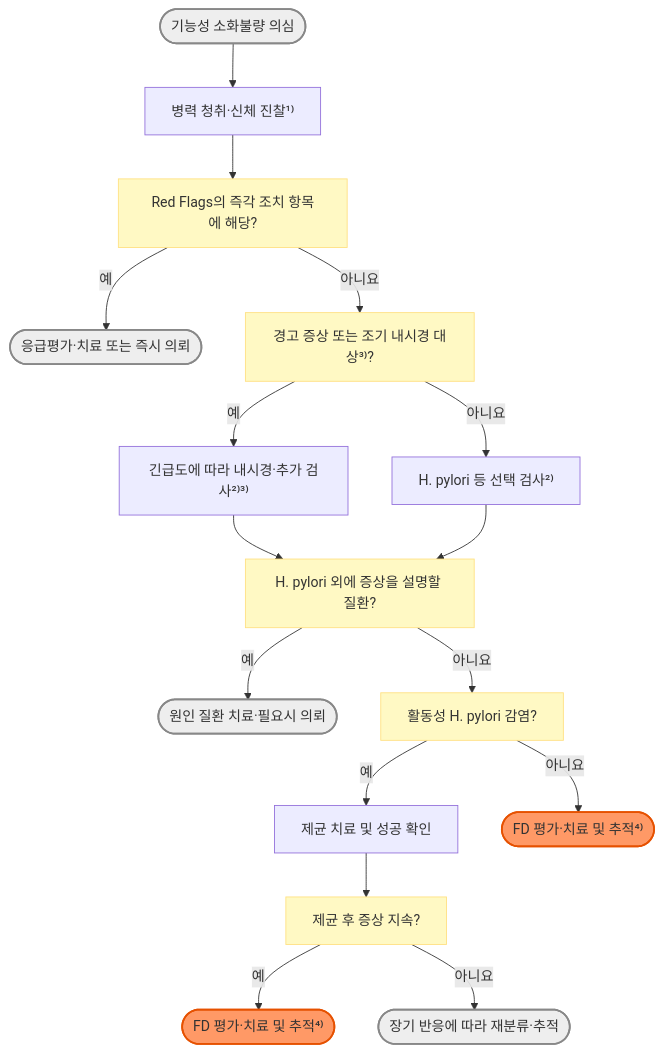
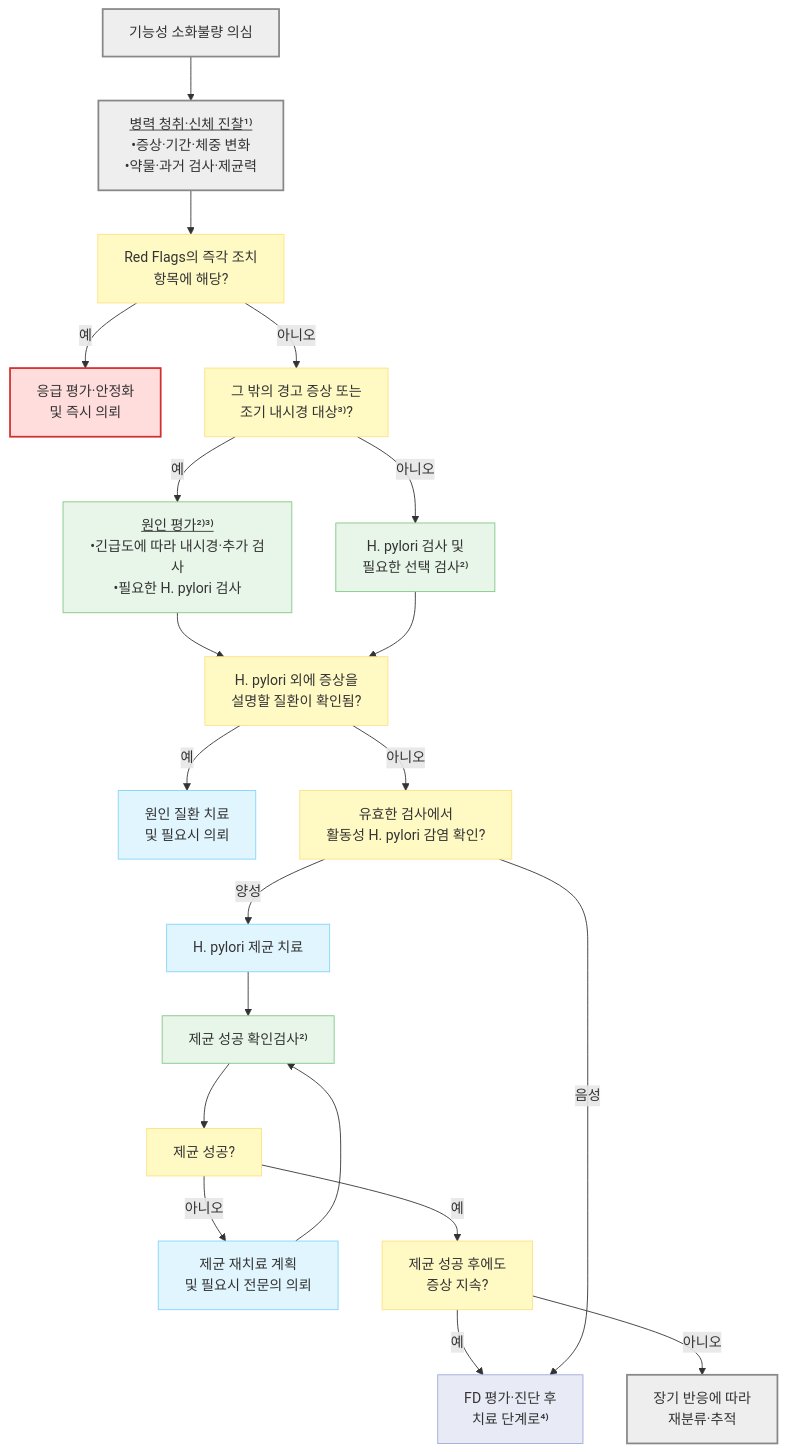
Before and after one commit to familyoh77/familyoh77: the diagram in 224_/076_-functional-dyspepsia.md, drawn with Mermaid. The commit also changed other lines of this file, not shown here.

````diff
--- a/224_/076_-functional-dyspepsia.md
+++ b/224_/076_-functional-dyspepsia.md
@@ -137,25 +137,35 @@
 ```mermaid
-graph TD
-    Start(["기능성 소화불량 의심"]) --> History["병력 청취·신체 진찰¹⁾"]
-    History --> Alarm["Red Flags의 즉각 조치 항목에 해당?"]
-    Alarm -- "예" --> Urgent(["응급평가·치료 또는 즉시 의뢰"])
-    Alarm -- "아니요" --> Risk["경고 증상 또는 조기 내시경 대상³⁾?"]
-    Risk -- "예" --> AddTest["긴급도에 따라 내시경·추가 검사²⁾³⁾"]
-    Risk -- "아니요" --> Labs["H. pylori 등 선택 검사²⁾"]
-    AddTest --> Result["H. pylori 외에 증상을 설명할 질환?"]
+flowchart TD
+    Start["기능성 소화불량 의심"] --> History["<u>병력 청취·신체 진찰¹⁾</u><br/>•증상·기간·체중 변화<br/>•약물·과거 검사·제균력"]
+    History --> Alarm["Red Flags의 즉각 조치<br/>항목에 해당?"]
+    Alarm -- "예" --> Urgent["응급 평가·안정화<br/>및 즉시 의뢰"]
+    Alarm -- "아니오" --> Risk["그 밖의 경고 증상 또는<br/>조기 내시경 대상³⁾?"]
+    Risk -- "예" --> AddTest["<u>원인 평가²⁾³⁾</u><br/>•긴급도에 따라 내시경·추가 검사<br/>•필요한 H. pylori 검사"]
+    Risk -- "아니오" --> Labs["H. pylori 검사 및<br/>필요한 선택 검사²⁾"]
+    AddTest --> Result["H. pylori 외에 증상을<br/>설명할 질환이 확인됨?"]
     Labs --> Result
-    Result -- "예" --> Organic(["원인 질환 치료·필요시 의뢰"])
-    Result -- "아니요" --> HP["활동성 H. pylori 감염?"]
-    HP -- "예" --> Erad["제균 치료 및 성공 확인"]
-    Erad --> Persist["제균 후 증상 지속?"]
-    Persist -- "예" --> FD_Diag(["FD 평가·치료 및 추적⁴⁾"])
-    Persist -- "아니요" --> Follow(["장기 반응에 따라 재분류·추적"])
-    HP -- "아니요" --> FD_Diag2(["FD 평가·치료 및 추적⁴⁾"])
+    Result -- "예" --> Organic["원인 질환 치료<br/>및 필요시 의뢰"]
+    Result -- "아니오" --> HP["유효한 검사에서<br/>활동성 H. pylori 감염 확인?"]
+    HP -- "양성" --> Erad["H. pylori 제균 치료"]
+    Erad --> Confirm["제균 성공 확인검사²⁾"]
+    Confirm --> Success["제균 성공?"]
+    Success -- "아니오" --> Retry["제균 재치료 계획<br/>및 필요시 전문의 의뢰"]
+    Retry --> Confirm
+    Success -- "예" --> Persist["제균 성공 후에도<br/>증상 지속?"]
+    Persist -- "예" --> FD_Next["FD 평가·진단 후<br/>치료 단계로⁴⁾"]
+    Persist -- "아니오" --> Follow["장기 반응에 따라<br/>재분류·추적"]
+    HP -- "음성" --> FD_Next
 
-    classDef terminal fill:#eeeeee,stroke:#888888,stroke-width:2px
+    classDef neutral fill:#eeeeee,stroke:#888888,stroke-width:2px
     classDef question fill:#fff9c4,stroke:#ffe082
-    classDef dx fill:#f96,stroke:#e65100,stroke-width:2px
-    class Start,Urgent,Organic,Follow terminal
-    class FD_Diag,FD_Diag2 dx
-    class Alarm,Risk,Result,HP,Persist question
+    classDef test fill:#e8f5e9,stroke:#81c784
+    classDef treatment fill:#e1f5fe,stroke:#81d4fa
+    classDef danger fill:#ffdddd,stroke:#d32f2f,stroke-width:2px
+    classDef next fill:#e8eaf6,stroke:#9fa8da
+    class Start,History,Follow neutral
+    class Alarm,Risk,Result,HP,Success,Persist question
+    class AddTest,Labs,Confirm test
+    class Organic,Erad,Retry treatment
+    class Urgent danger
+    class FD_Next next
 ```
````
